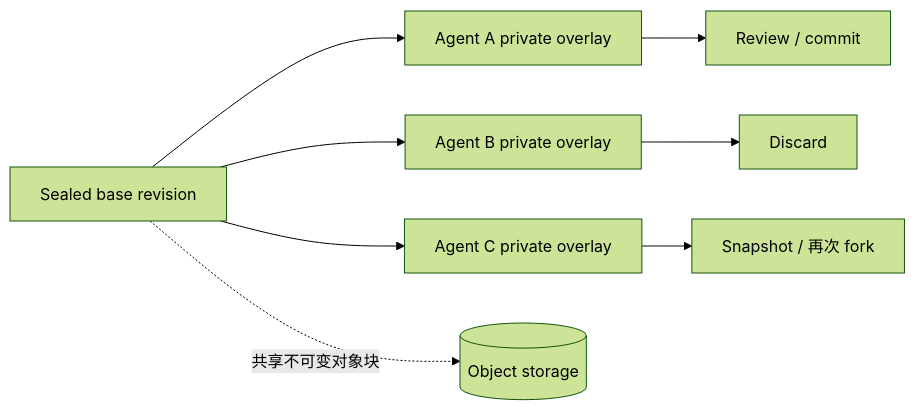
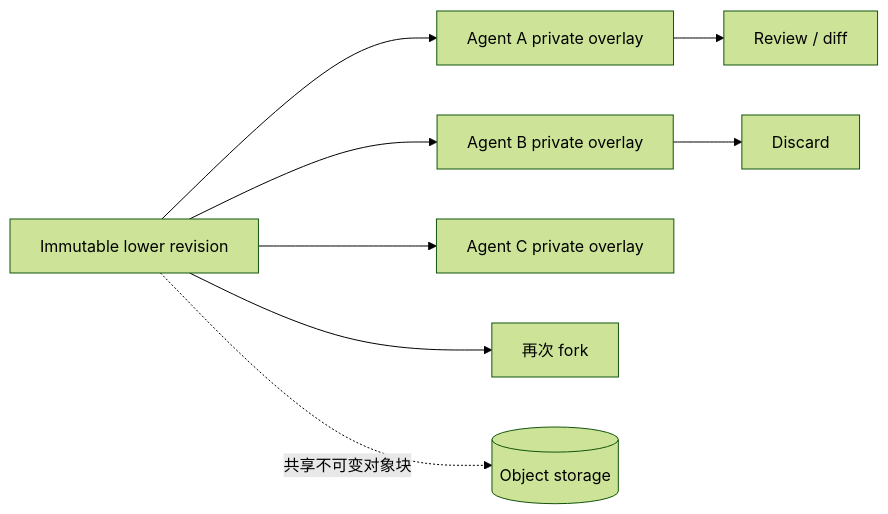
Before and after one commit to Ivanbeethoven/brewfs: the first of 2 diagrams in README_CN.md, drawn with Mermaid (forest theme). The commit also changed other lines of this file and 4 other files, not shown here.

First line of the commit message:
docs(overlay): specs for the immutable-lower, no-seal overlay model

````diff
--- a/README_CN.md
+++ b/README_CN.md
@@ -101,10 +101,10 @@
 ```mermaid
 flowchart LR
-    Base[Sealed base revision] --> A[Agent A private overlay]
+    Base[Immutable lower revision] --> A[Agent A private overlay]
     Base --> B[Agent B private overlay]
     Base --> C[Agent C private overlay]
-    A --> Commit[Review / commit]
+    A --> Diff[Review / diff]
     B --> Discard[Discard]
-    C --> Snapshot[Snapshot / 再次 fork]
+    Base --> Fork[再次 fork]
     Base -. 共享不可变对象块 .-> Objects[(Object storage)]
 ```
````
